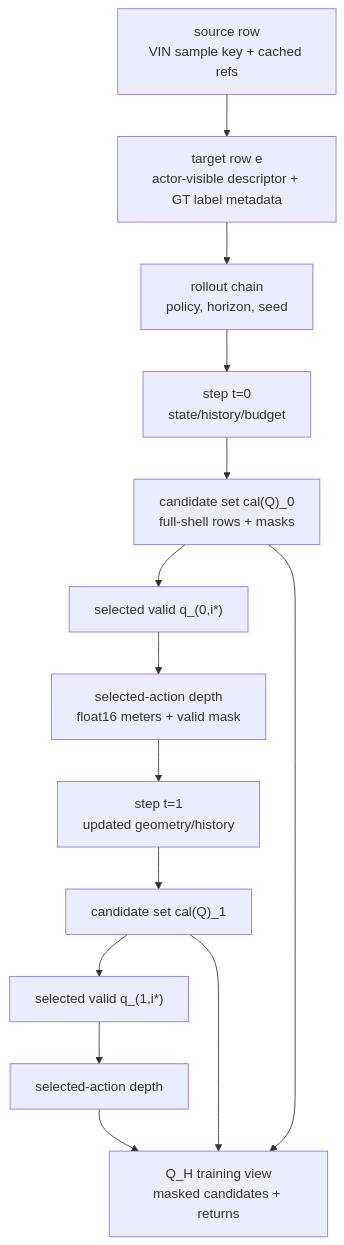
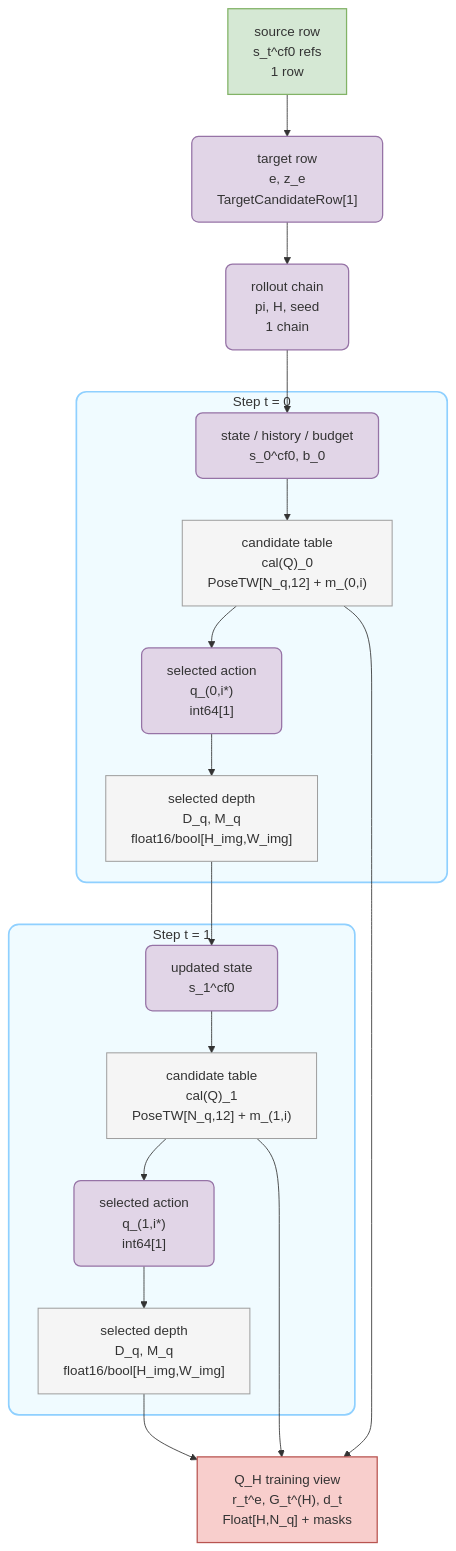
Before and after one commit to JanDuchscherer104/ARIA-NBV: the third of 4 diagrams in aria_nbv/aria_nbv/data_handling/README.md, drawn with Mermaid. The commit also changed other lines of this file and 85 other files, not shown here.

````diff
--- a/aria_nbv/aria_nbv/data_handling/README.md
+++ b/aria_nbv/aria_nbv/data_handling/README.md
@@ -350,20 +379,41 @@
 ```mermaid
 flowchart TD
-  S["source row<br/>VIN sample key + cached refs"]
-  T["target row e<br/>actor-visible descriptor + GT label metadata"]
-  R["rollout chain<br/>policy, horizon, seed"]
-  Step0["step t=0<br/>state/history/budget"]
-  Q0["candidate set cal(Q)_0<br/>full-shell rows + masks"]
-  Pick0["selected valid q_(0,i*)"]
-  Depth0["selected-action depth<br/>float16 meters + valid mask"]
-  Step1["step t=1<br/>updated geometry/history"]
-  Q1["candidate set cal(Q)_1"]
-  Pick1["selected valid q_(1,i*)"]
-  Depth1["selected-action depth"]
-  Train["Q_H training view<br/>masked candidates + returns"]
+  SourceRow["source row<br/>s_t^cf0 refs<br/>1 row"]
+  TargetRow["target row<br/>e, z_e<br/>TargetCandidateRow[1]"]
+  RolloutRow["rollout chain<br/>pi, H, seed<br/>1 chain"]
 
-  S --> T --> R --> Step0 --> Q0 --> Pick0 --> Depth0 --> Step1
-  Step1 --> Q1 --> Pick1 --> Depth1 --> Train
-  Q0 --> Train
-  Q1 --> Train
+  subgraph StepZero["Step t = 0"]
+    State0["state / history / budget<br/>s_0^cf0, b_0"]
+    Cand0["candidate table<br/>cal(Q)_0<br/>PoseTW[N_q,12] + m_(0,i)"]
+    Pick0["selected action<br/>q_(0,i*)<br/>int64[1]"]
+    Depth0["selected depth<br/>D_q, M_q<br/>float16/bool[H_img,W_img]"]
+  end
+
+  subgraph StepOne["Step t = 1"]
+    State1["updated state<br/>s_1^cf0"]
+    Cand1["candidate table<br/>cal(Q)_1<br/>PoseTW[N_q,12] + m_(1,i)"]
+    Pick1["selected action<br/>q_(1,i*)<br/>int64[1]"]
+    Depth1["selected depth<br/>D_q, M_q<br/>float16/bool[H_img,W_img]"]
+  end
+
+  Train["Q_H training view<br/>r_t^e, G_t^(H), d_t<br/>Float[H,N_q] + masks"]
+
+  SourceRow --> TargetRow --> RolloutRow --> State0
+  State0 --> Cand0 --> Pick0 --> Depth0 --> State1
+  State1 --> Cand1 --> Pick1 --> Depth1 --> Train
+  Cand0 --> Train
+  Cand1 --> Train
+
+  classDef input fill:#D5E8D4,stroke:#82B366,stroke-width:1.5px,rx:0,ry:0;
+  classDef output fill:#F8CECC,stroke:#B85450,stroke-width:1.5px,rx:0,ry:0;
+  classDef compute fill:#E1D5E7,stroke:#9673A6,stroke-width:1.5px,rx:8,ry:8;
+  classDef data fill:#F5F5F5,stroke:#9E9E9E,stroke-width:1.2px,rx:0,ry:0;
+
+  class SourceRow input;
+  class TargetRow,RolloutRow,State0,State1,Pick0,Pick1 compute;
+  class Cand0,Cand1,Depth0,Depth1 data;
+  class Train output;
+
+  style StepZero fill:#f0fbff,stroke:#8fd0ff,stroke-width:2px,rx:12,ry:12
+  style StepOne fill:#f0fbff,stroke:#8fd0ff,stroke-width:2px,rx:12,ry:12
 ```
````
